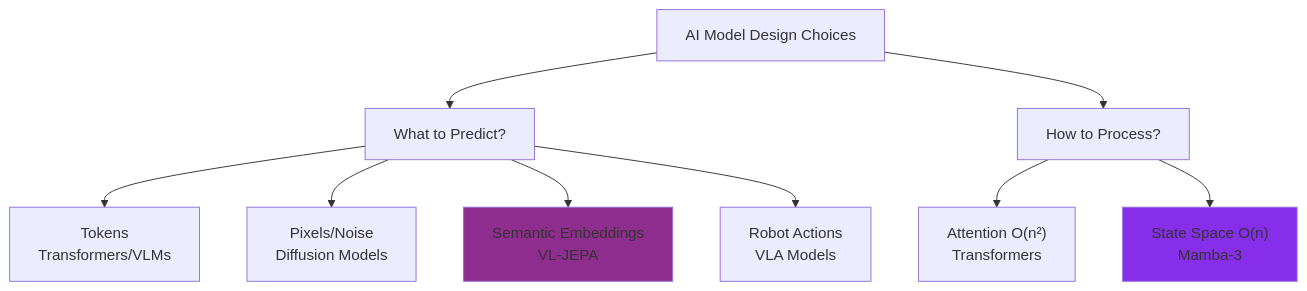
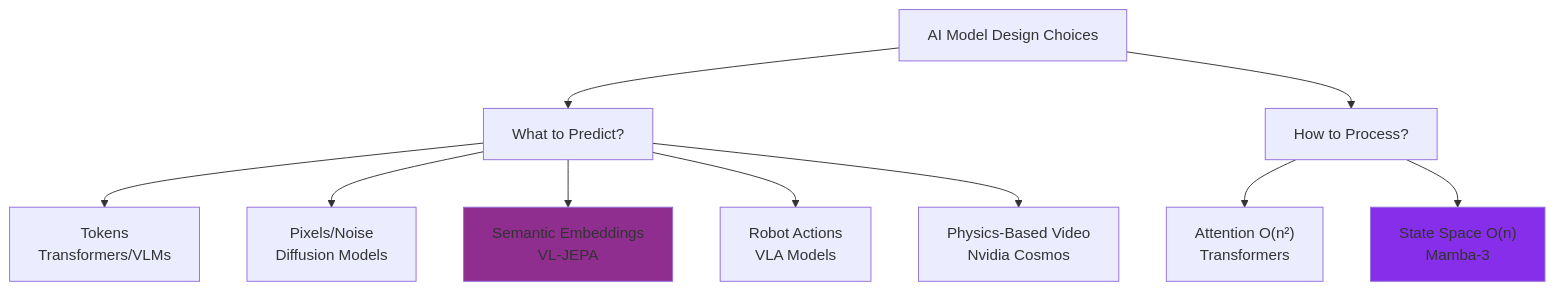
The first of 7 diagrams in Papers/comparisons/LLM-VLA-VLM-VL-JEPA-MAMBA3-DIFFUSION.md (rsrini7/Learnings), drawn with Mermaid before and after one commit. The commit also changed other lines of this file and 1 other file, not shown here.

First line of the commit message:
docs: update and consolidate AI architecture comparison guide

````diff
--- a/Papers/comparisons/LLM-VLA-VLM-VL-JEPA-MAMBA3-DIFFUSION.md
+++ b/Papers/comparisons/LLM-VLA-VLM-VL-JEPA-MAMBA3-DIFFUSION.md
@@ -9,16 +7,17 @@
 ```mermaid
 graph TD
     A[AI Model Design Choices] --> B[What to Predict?]
     A --> C[How to Process?]
     
     B --> D[Tokens<br/>Transformers/VLMs]
     B --> E[Pixels/Noise<br/>Diffusion Models]
     B --> F[Semantic Embeddings<br/>VL-JEPA]
     B --> G[Robot Actions<br/>VLA Models]
+    B --> H[Physics-Based Video<br/>Nvidia Cosmos]
     
-    C --> H["Attention O(n²)<br/>Transformers"]
-    C --> I["State Space O(n)<br/>Mamba-3"]
+    C --> I["Attention O(n²)<br/>Transformers"]
+    C --> J["State Space O(n)<br/>Mamba-3"]
     
     style F fill:#902E90
-    style I fill:#872EEB
+    style J fill:#872EEB
 ```
````
